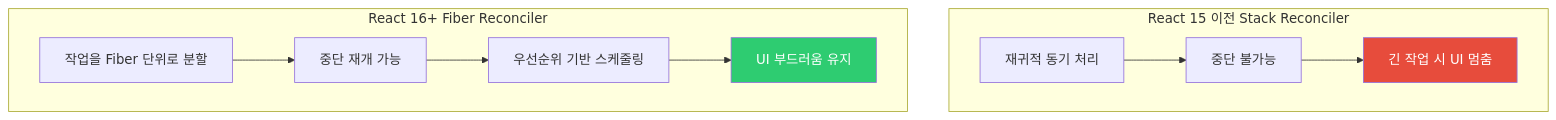
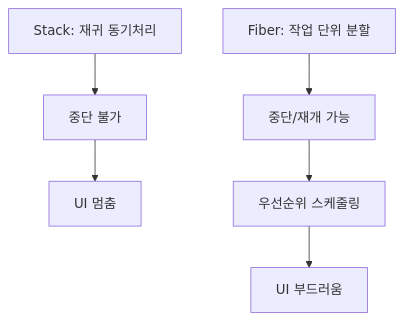
The third of 6 diagrams in _posts/frontend/2026-05-02-react-fundamentals.md (yjkim2015/yjkim2015.github.io), drawn with Mermaid before and after one commit. The commit also changed other lines of this file and 215 other files, not shown here.

First line of the commit message:
신규 포스트 10개 추가 + Mermaid 전면 축소 + SystemDesign 시리즈 보강

````diff
--- a/_posts/frontend/2026-05-02-react-fundamentals.md
+++ b/_posts/frontend/2026-05-02-react-fundamentals.md
@@ -144,18 +130,5 @@
 ```mermaid
 graph TD
-    subgraph "React 15 이전 Stack Reconciler"
-        OLD["재귀적 동기 처리"]
-        OLD --> BLOCK["중단 불가능"]
-        BLOCK --> FREEZE["긴 작업 시 UI 멈춤"]
-    end
-
-    subgraph "React 16+ Fiber Reconciler"
-        NEW["작업을 Fiber 단위로 분할"]
-        NEW --> PAUSE["중단 재개 가능"]
-        PAUSE --> PRIORITY["우선순위 기반 스케줄링"]
-        PRIORITY --> SMOOTH["UI 부드러움 유지"]
-    end
-
-    style FREEZE fill:#e74c3c,color:#fff
-    style SMOOTH fill:#2ecc71,color:#fff
+    OLD["Stack: 재귀 동기처리"] --> BLOCK["중단 불가"] --> FREEZE["UI 멈춤"]
+    NEW["Fiber: 작업 단위 분할"] --> PAUSE["중단/재개 가능"] --> PRIORITY["우선순위 스케줄링"] --> SMOOTH["UI 부드러움"]
 ```
````
